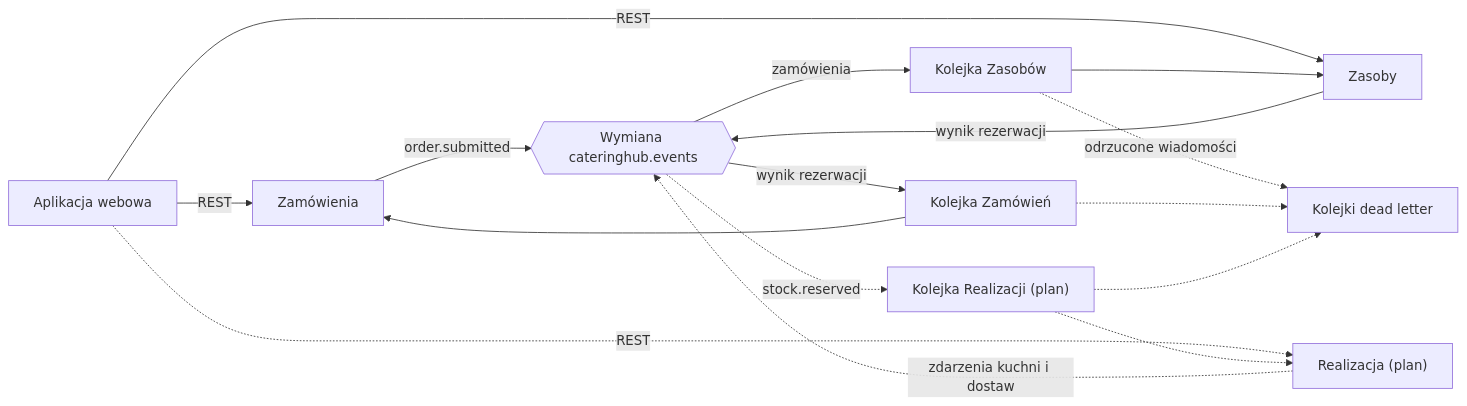
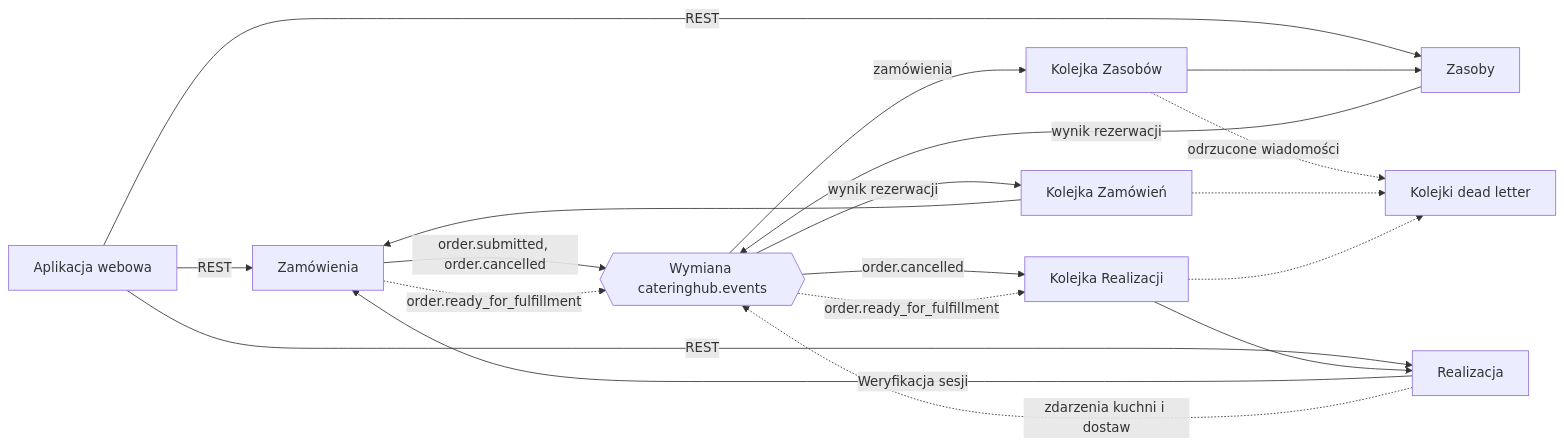
Before and after one commit to makskosciolek/catering-management-system: the fifth of 7 diagrams in docs/raport/rozdzial-06-architektura.md, drawn with Mermaid. The commit also changed other lines of this file and 38 other files, not shown here.

Commit message:
Uruchomiono serwis Realizacji i zaktualizowano plan raportów

````diff
--- a/docs/raport/rozdzial-06-architektura.md
+++ b/docs/raport/rozdzial-06-architektura.md
@@ -401,26 +404,28 @@
 ```mermaid
 flowchart LR
     spa["Aplikacja webowa"]
     orders["Zamówienia"]
     inv["Zasoby"]
-    ful["Realizacja (plan)"]
+    ful["Realizacja"]
     ex{{"Wymiana cateringhub.events"}}
     q1["Kolejka Zasobów"]
     q2["Kolejka Zamówień"]
-    q3["Kolejka Realizacji (plan)"]
+    q3["Kolejka Realizacji"]
     dlq["Kolejki dead letter"]
 
     spa -- "REST" --> orders
     spa -- "REST" --> inv
-    spa -. "REST" .-> ful
-    orders -- "order.submitted" --> ex
+    spa -- "REST" --> ful
+    ful -- "Weryfikacja sesji" --> orders
+    orders -- "order.submitted, order.cancelled" --> ex
     ex -- "zamówienia" --> q1 --> inv
     inv -- "wynik rezerwacji" --> ex
     ex -- "wynik rezerwacji" --> q2 --> orders
-    ex -. "stock.reserved" .-> q3
-    q3 -.-> ful
+    ex -- "order.cancelled" --> q3 --> ful
+    orders -. "order.ready_for_fulfillment" .-> ex
+    ex -. "order.ready_for_fulfillment" .-> q3
     ful -. "zdarzenia kuchni i dostaw" .-> ex
     q1 -. "odrzucone wiadomości" .-> dlq
     q2 -.-> dlq
     q3 -.-> dlq
 ```
````
